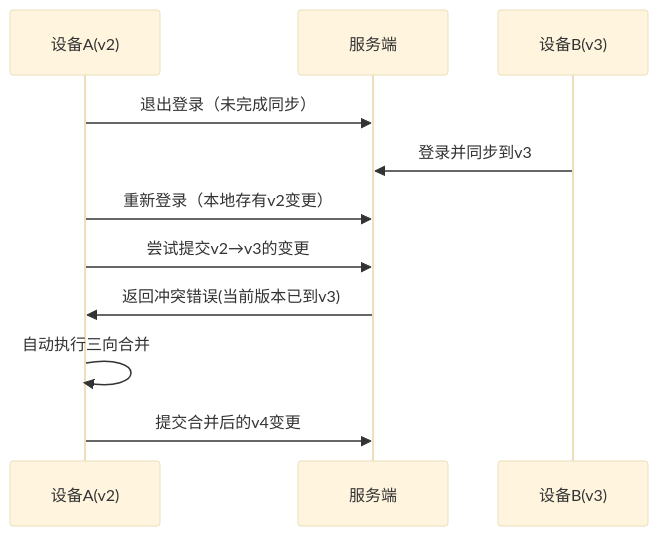
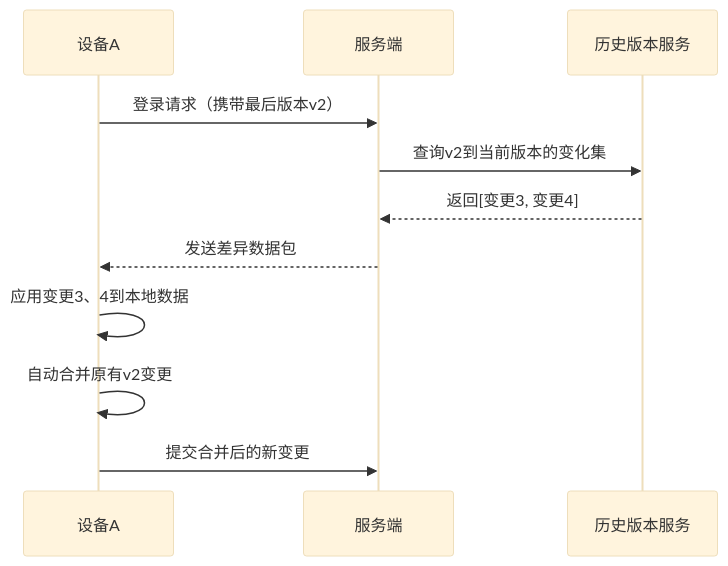
Before and after one commit to yingjianzh/iodraw-files: the diagram in all/未命名-24.md, drawn with Mermaid (base theme).

Commit message:
2025-02-24 10:33:44 update

````diff
--- a/all/未命名-24.md
+++ b/all/未命名-24.md
@@ -1,14 +1,14 @@
 ```mermaid
 sequenceDiagram
-    participant A as 设备A(v2)
+    participant A as 设备A
     participant S as 服务端
-    participant B as 设备B(v3)
+    participant H as 历史版本服务
 
-    A->>S: 退出登录（未完成同步）
-    B->>S: 登录并同步到v3
-    A->>S: 重新登录（本地存有v2变更）
-    A->>S: 尝试提交v2→v3的变更
-    S->>A: 返回冲突错误(当前版本已到v3)
-    A->>A: 自动执行三向合并
-    A->>S: 提交合并后的v4变更
+    A->>S: 登录请求（携带最后版本v2）
+    S->>H: 查询v2到当前版本的变化集
+    H-->>S: 返回[变更3, 变更4]
+    S-->>A: 发送差异数据包
+    A->>A: 应用变更3、4到本地数据
+    A->>A: 自动合并原有v2变更
+    A->>S: 提交合并后的新变更
 ```
````
